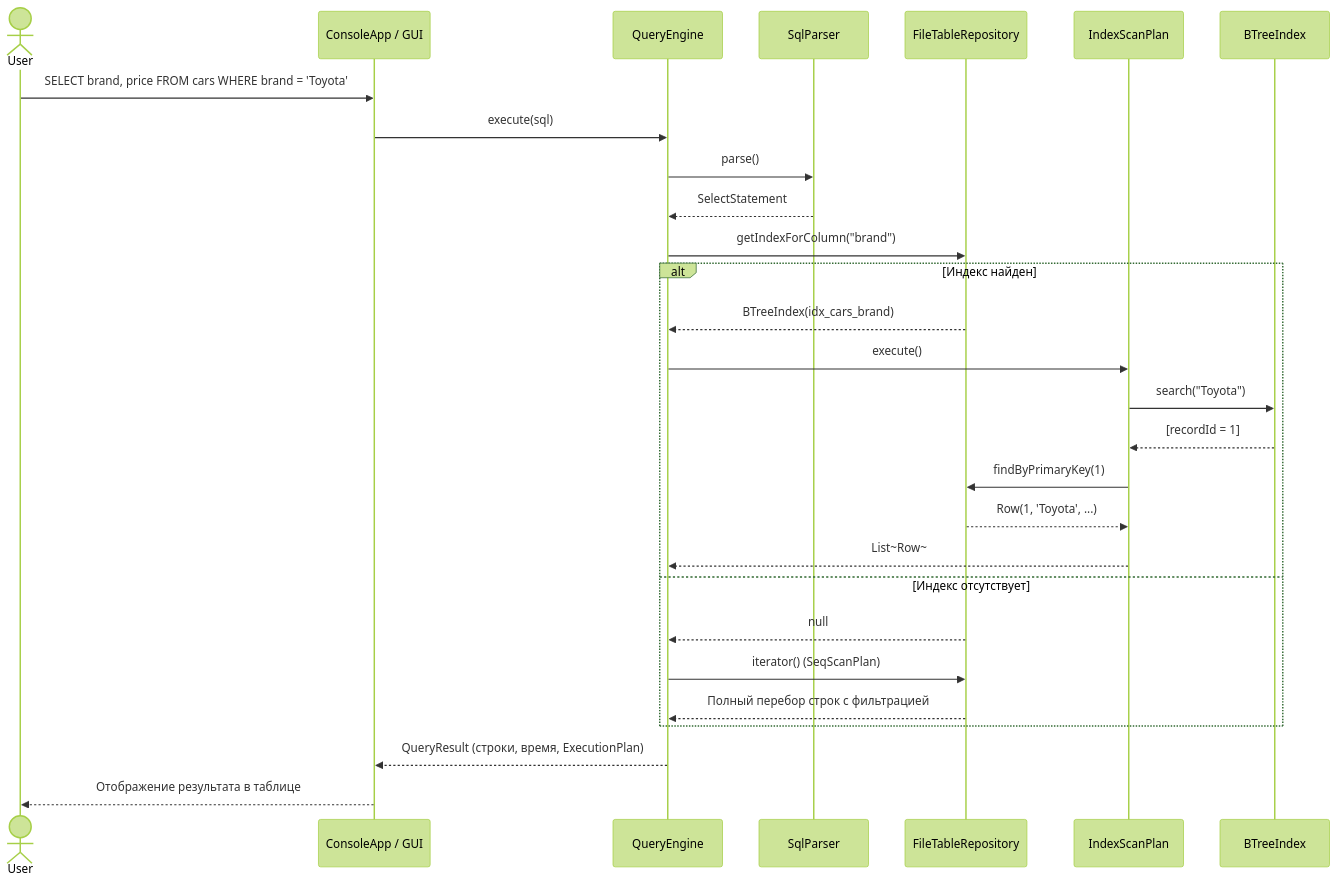
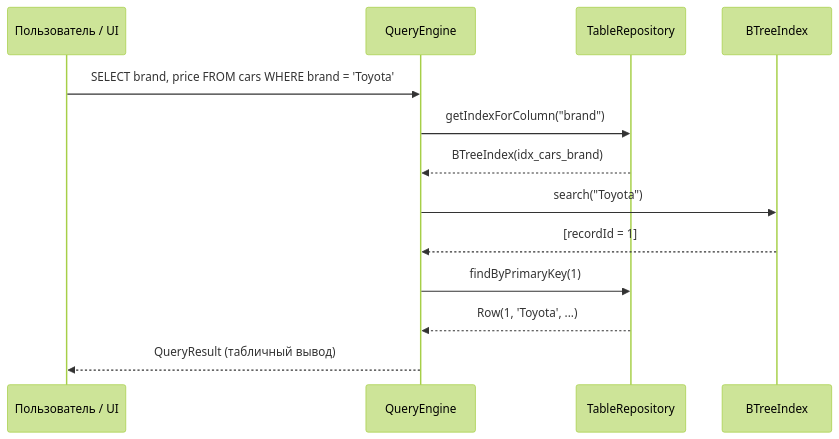
The second of 2 diagrams in README.md (DanislonZombovich/simple-db), drawn with Mermaid (forest theme) before and after one commit. The commit also changed other lines of this file and 11 other files, not shown here.

````diff
--- a/README.md
+++ b/README.md
@@ -161,31 +94,16 @@
 ```mermaid
 sequenceDiagram
-    actor User
-    participant App as ConsoleApp / GUI
+    participant User as Пользователь / UI
     participant Engine as QueryEngine
-    participant Parser as SqlParser
-    participant Repo as FileTableRepository
-    participant Plan as IndexScanPlan
+    participant Repo as TableRepository
     participant Index as BTreeIndex
 
-    User->>App: SELECT brand, price FROM cars WHERE brand = 'Toyota';
-    App->>Engine: execute(sql)
-    Engine->>Parser: parse()
-    Parser-->>Engine: SelectStatement
+    User->>Engine: SELECT brand, price FROM cars WHERE brand = 'Toyota'
     Engine->>Repo: getIndexForColumn("brand")
-    alt Индекс найден
-        Repo-->>Engine: BTreeIndex(idx_cars_brand)
-        Engine->>Plan: execute()
-        Plan->>Index: search("Toyota")
-        Index-->>Plan: [recordId = 1]
-        Plan->>Repo: findByPrimaryKey(1)
-        Repo-->>Plan: Row(1, 'Toyota', ...)
-        Plan-->>Engine: List~Row~
-    else Индекс отсутствует
-        Repo-->>Engine: null
-        Engine->>Repo: iterator() (SeqScanPlan)
-        Repo-->>Engine: Полный перебор строк с фильтрацией
-    end
-    Engine-->>App: QueryResult (строки, время, ExecutionPlan)
-    App-->>User: Отображение результата в таблице
+    Repo-->>Engine: BTreeIndex(idx_cars_brand)
+    Engine->>Index: search("Toyota")
+    Index-->>Engine: [recordId = 1]
+    Engine->>Repo: findByPrimaryKey(1)
+    Repo-->>Engine: Row(1, 'Toyota', ...)
+    Engine-->>User: QueryResult (табличный вывод)
 ```
````
